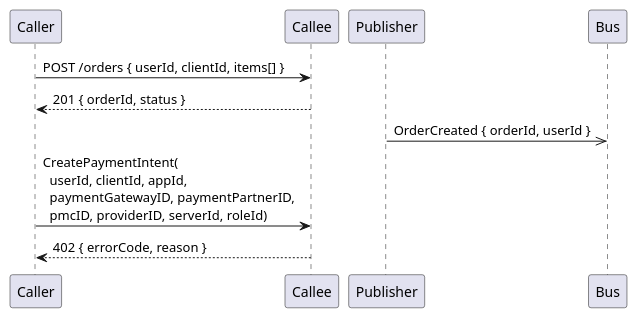
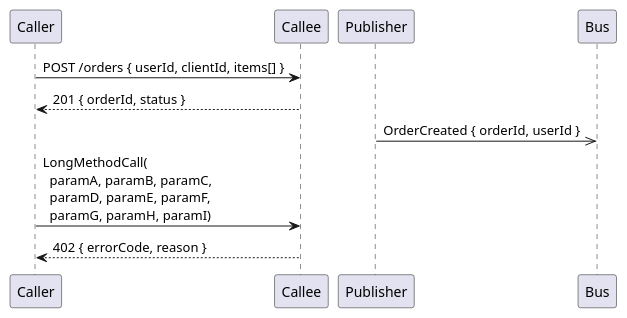
Diagram 15 of 34 in skills/plantuml/references/sequence_diagrams.md (hunghlh98/orchestra), drawn with PlantUML before and after one commit. The commit also changed other lines of this file and 1 other file, not shown here.

First line of the commit message:
refactor(plantuml): sweep MED/LOW pre-existing payment-flow examples

````diff
--- a/skills/plantuml/references/sequence_diagrams.md
+++ b/skills/plantuml/references/sequence_diagrams.md
@@ -259,16 +259,16 @@
 ```puml
 @startuml
 ' Synchronous request paired with response
 Caller -> Callee  : POST /orders { userId, clientId, items[] }
 Callee --> Caller : 201 { orderId, status }
 
 ' Fire-and-forget (no response expected)
 Publisher ->> Bus : OrderCreated { orderId, userId }
 
 ' Long parameter lists — wrap with \n inside the label string
-Caller -> Callee : CreatePaymentIntent(\n  userId, clientId, appId,\n  paymentGatewayID, paymentPartnerID,\n  pmcID, providerID, serverId, roleId)
+Caller -> Callee : LongMethodCall(\n  paramA, paramB, paramC,\n  paramD, paramE, paramF,\n  paramG, paramH, paramI)
 
 ' Failure-class response
 Callee --> Caller : 402 { errorCode, reason }
 @enduml
 ```
````
